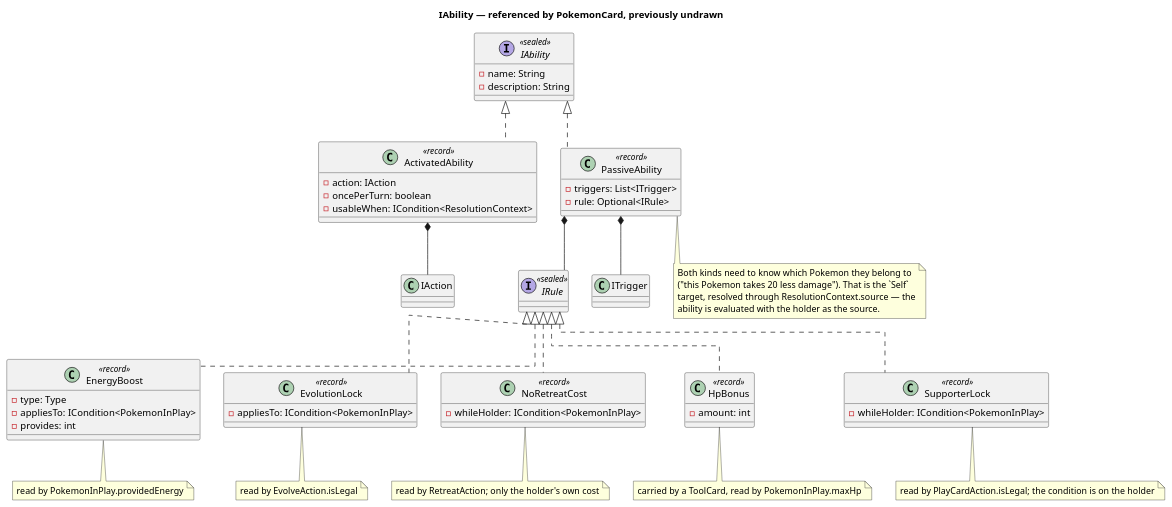
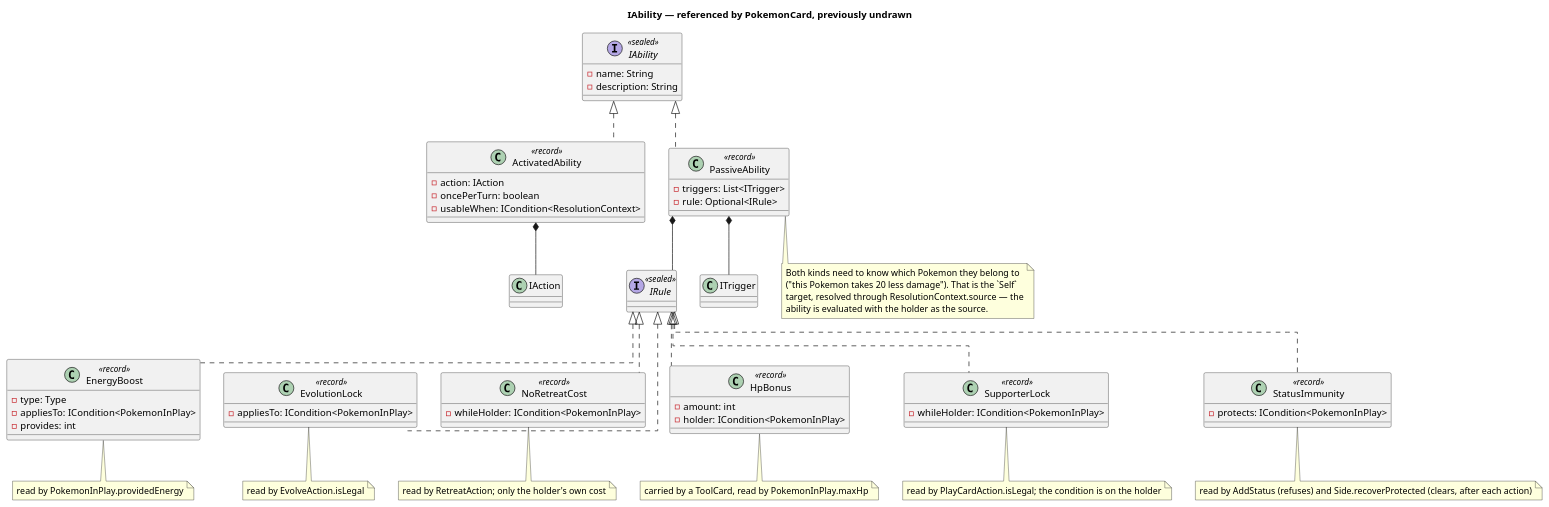
The diagram in docs/UML/IAbility.puml (Richie-Moon/TCGPocketBattler), drawn with PlantUML before and after one commit. The commit also changed 68 other files, not shown here.

```diff
--- a/docs/UML/IAbility.puml
+++ b/docs/UML/IAbility.puml
@@ -1,77 +1,83 @@
 @startuml
 title IAbility — referenced by PokemonCard, previously undrawn
 
 skinparam linetype ortho
 
 interface IAbility <<sealed>> {
     - name: String
     - description: String
 }
 
 /'
   The player spends part of their turn to use it. Surfaced by
   TurnEngine.legalActions as a UseAbilityAction. See IAction.puml.
 '/
 class ActivatedAbility <<record>> implements IAbility {
     - action: IAction
     - oncePerTurn: boolean
     - usableWhen: ICondition<ResolutionContext>
 }
 
 /'
   Always on. Implemented entirely as triggers, exactly like ToolCard and
   StadiumCard, so nothing new is needed to dispatch them: TriggerDispatcher.collect
   walks abilities on the board along with everything else. See ITrigger.puml.
 '/
 class PassiveAbility <<record>> implements IAbility {
     - triggers: List<ITrigger>
     - rule: Optional<IRule>
 }
 
 /'
   Passives that are read, not fired: they must hold at every moment, through
   benching, evolving and switching mid-turn. Side.standingRules walks the board on
   each call and pairs each rule with its holder (Side.HeldRule); each rule is
-  read by exactly one place in the engine.
+  read by exactly one place in the engine, except StatusImmunity's two.
 '/
 interface IRule <<sealed>>
 
 class EnergyBoost <<record>> implements IRule {
     - type: Type
     - appliesTo: ICondition<PokemonInPlay>
     - provides: int
 }
 note bottom of EnergyBoost : read by PokemonInPlay.providedEnergy
 
 class EvolutionLock <<record>> implements IRule {
     - appliesTo: ICondition<PokemonInPlay>
 }
 note bottom of EvolutionLock : read by EvolveAction.isLegal
 
 class NoRetreatCost <<record>> implements IRule {
     - whileHolder: ICondition<PokemonInPlay>
 }
 note bottom of NoRetreatCost : read by RetreatAction; only the holder's own cost
 
 class HpBonus <<record>> implements IRule {
     - amount: int
+    - holder: ICondition<PokemonInPlay>
 }
 note bottom of HpBonus : carried by a ToolCard, read by PokemonInPlay.maxHp
 
 class SupporterLock <<record>> implements IRule {
     - whileHolder: ICondition<PokemonInPlay>
 }
 note bottom of SupporterLock : read by PlayCardAction.isLegal; the condition is on the holder
+
+class StatusImmunity <<record>> implements IRule {
+    - protects: ICondition<PokemonInPlay>
+}
+note bottom of StatusImmunity : read by AddStatus (refuses) and Side.recoverProtected (clears, after each action)
 
 ActivatedAbility *-- IAction
 PassiveAbility *-- ITrigger
 PassiveAbility *-- IRule
 
 note bottom of PassiveAbility
   Both kinds need to know which Pokemon they belong to
   ("this Pokemon takes 20 less damage"). That is the `Self`
   target, resolved through ResolutionContext.source — the
   ability is evaluated with the holder as the source.
 end note
 
 @enduml
```
